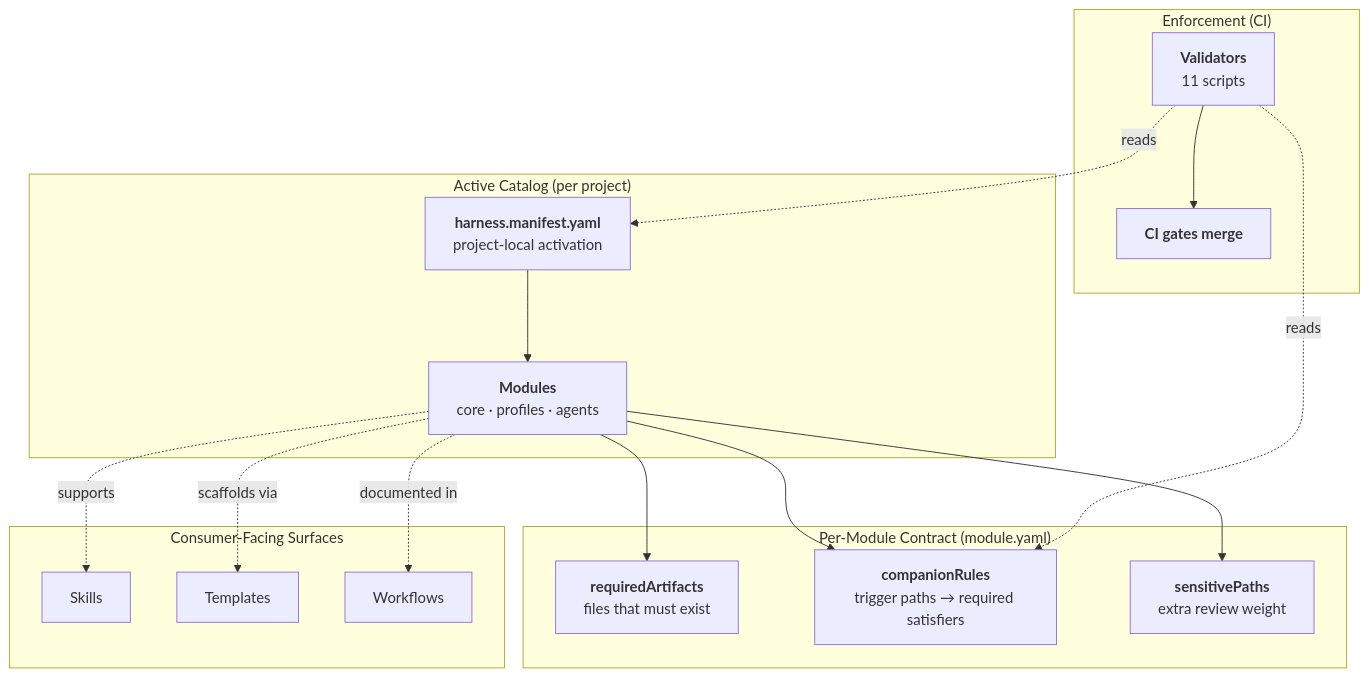
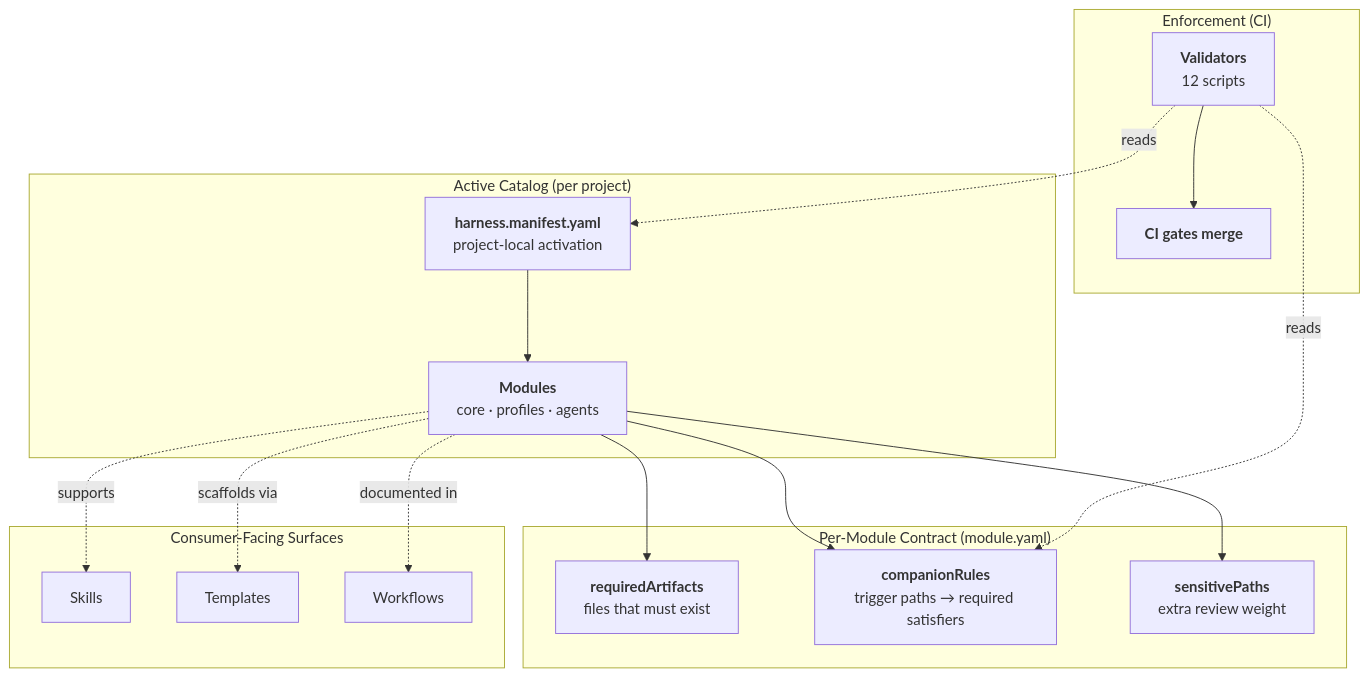
One commit to unclenate/auto-harness changed the diagram in README.md. Above: the diagram before and after it, drawn with Mermaid. The commit also changed other lines of this file and 17 other files, not shown here.

````diff
--- a/README.md
+++ b/README.md
@@ -130,31 +130,31 @@
 ```mermaid
 flowchart TD
     Manifest["<b>harness.manifest.yaml</b><br/>project-local activation"]
 
     subgraph CATALOG["Active Catalog (per project)"]
         Manifest --> Modules["<b>Modules</b><br/>core · profiles · agents"]
     end
 
     subgraph CONTRACT["Per-Module Contract (module.yaml)"]
         Modules --> Required["<b>requiredArtifacts</b><br/>files that must exist"]
         Modules --> Companions["<b>companionRules</b><br/>trigger paths → required satisfiers"]
         Modules --> Sensitive["<b>sensitivePaths</b><br/>extra review weight"]
     end
 
     subgraph ENFORCE["Enforcement (CI)"]
-        Validators["<b>Validators</b><br/>11 scripts"]
+        Validators["<b>Validators</b><br/>12 scripts"]
         Validators -.reads.-> Manifest
         Validators -.reads.-> Companions
         Validators --> CIGate["<b>CI gates merge</b>"]
     end
 
     subgraph SURFACE["Consumer-Facing Surfaces"]
         Skills["Skills"]
         Templates["Templates"]
         Workflows["Workflows"]
     end
 
     Modules -.supports.-> Skills
     Modules -.scaffolds via.-> Templates
     Modules -.documented in.-> Workflows
 ```
````
